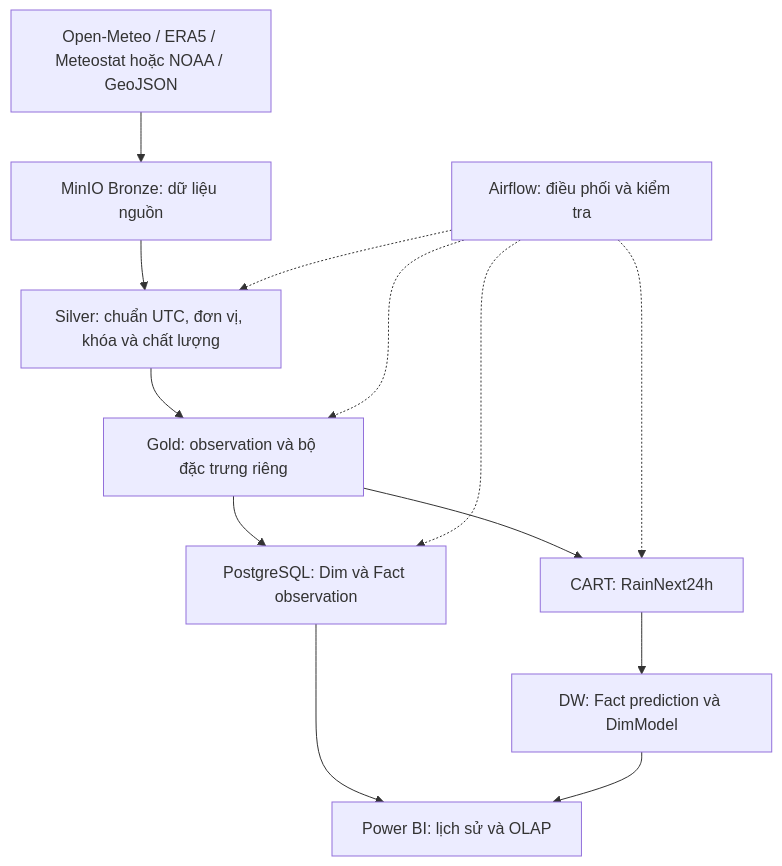
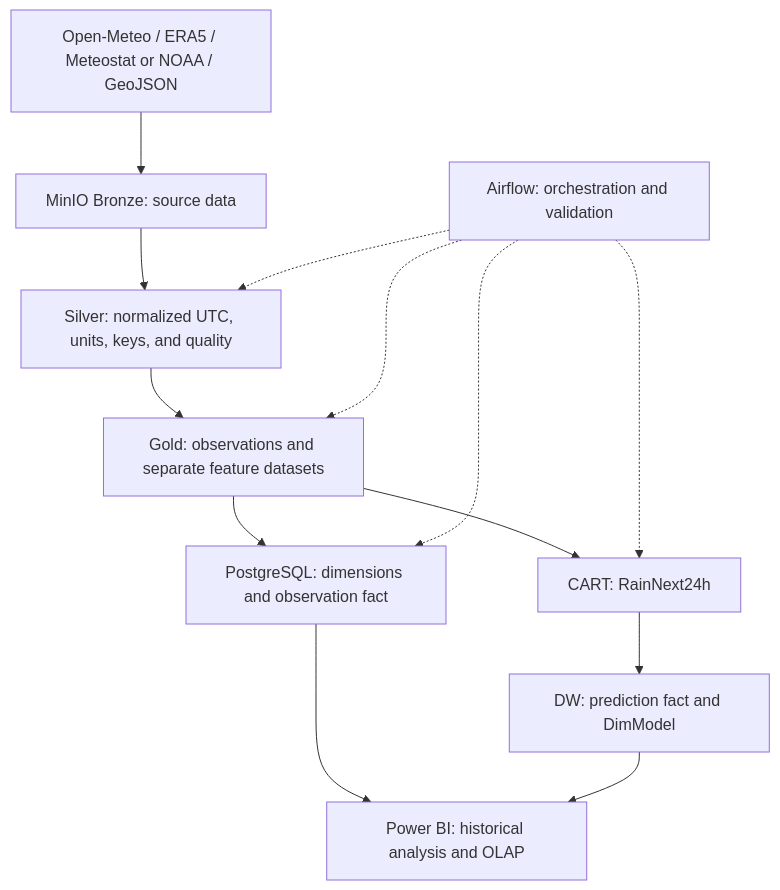
Before and after one commit to congdtptit/vietnam-weather-data-warehouse: the diagram in docs/architecture.md, drawn with Mermaid. The commit also changed other lines of this file and 10 other files, not shown here.

````diff
--- a/docs/architecture.md
+++ b/docs/architecture.md
@@ -7,15 +7,15 @@
 ```mermaid
 flowchart TD
-    SRC[Open-Meteo / ERA5 / Meteostat hoặc NOAA / GeoJSON] --> B[MinIO Bronze: dữ liệu nguồn]
-    B --> S[Silver: chuẩn UTC, đơn vị, khóa và chất lượng]
-    S --> G[Gold: observation và bộ đặc trưng riêng]
-    G --> DW[PostgreSQL: Dim và Fact observation]
-    DW --> BI[Power BI: lịch sử và OLAP]
+    SRC[Open-Meteo / ERA5 / Meteostat or NOAA / GeoJSON] --> B[MinIO Bronze: source data]
+    B --> S[Silver: normalized UTC, units, keys, and quality]
+    S --> G[Gold: observations and separate feature datasets]
+    G --> DW[PostgreSQL: dimensions and observation fact]
+    DW --> BI[Power BI: historical analysis and OLAP]
     G --> ML[CART: RainNext24h]
-    ML --> P[DW: Fact prediction và DimModel]
+    ML --> P[DW: prediction fact and DimModel]
     P --> BI
-    AF[Airflow: điều phối và kiểm tra] -.-> S
+    AF[Airflow: orchestration and validation] -.-> S
     AF -.-> G
     AF -.-> DW
     AF -.-> ML
 ```
````
